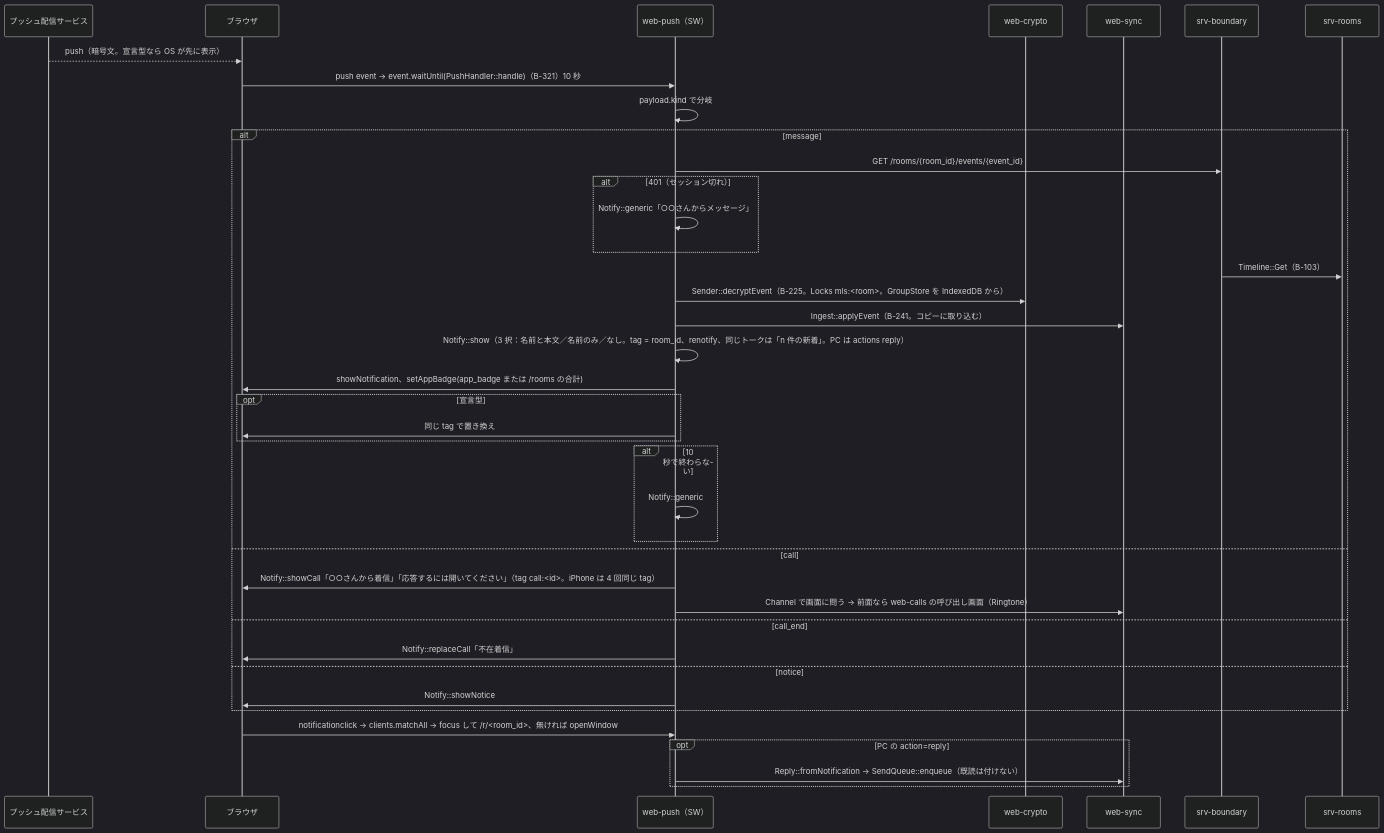
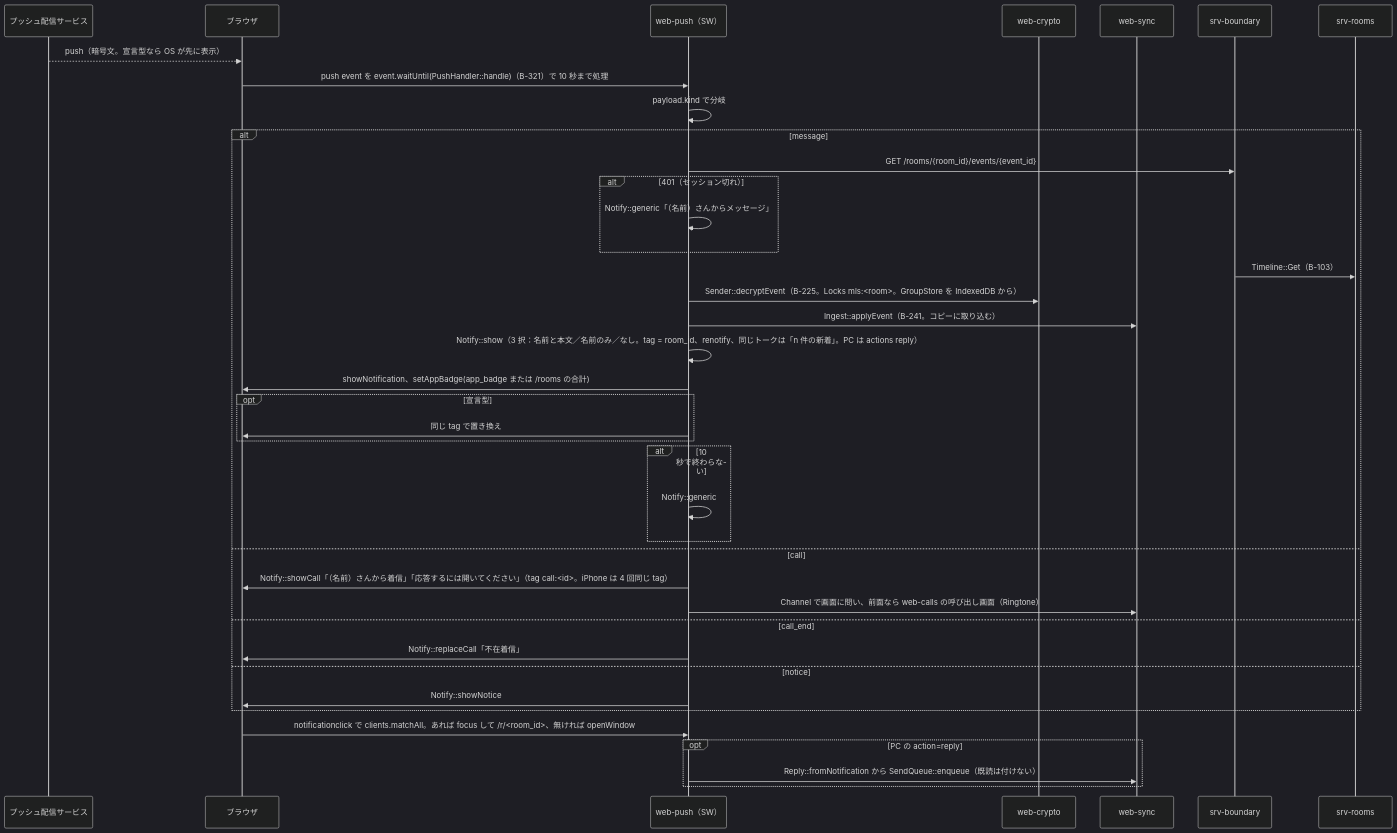
Before and after one commit to nrsd-ishikawasou/family-talk-pwa: the second of 5 diagrams in dev/docs/jp/シーケンス/08_通知.md, drawn with Mermaid (dark theme). The commit also changed other lines of this file and 290 other files, not shown here.

````diff
--- a/dev/docs/jp/シーケンス/08_通知.md
+++ b/dev/docs/jp/シーケンス/08_通知.md
@@ -49,41 +56,41 @@
 ```mermaid
 sequenceDiagram
   participant REL as プッシュ配信サービス
   participant OS as ブラウザ
   participant WP as web-push（SW）
   participant WX as web-crypto
   participant WS as web-sync
   participant BD as srv-boundary
   participant RM as srv-rooms
   REL-->>OS: push（暗号文。宣言型なら OS が先に表示）
-  OS->>WP: push event → event.waitUntil(PushHandler::handle)（B-321）10 秒
+  OS->>WP: push event を event.waitUntil(PushHandler::handle)（B-321）で 10 秒まで処理
   WP->>WP: payload.kind で分岐
   alt message
     WP->>BD: GET /rooms/{room_id}/events/{event_id}
     alt 401（セッション切れ）
-      WP->>WP: Notify::generic「○○さんからメッセージ」
+      WP->>WP: Notify::generic「（名前）さんからメッセージ」
     end
     BD->>RM: Timeline::Get（B-103）
     WP->>WX: Sender::decryptEvent（B-225。Locks mls:<room>。GroupStore を IndexedDB から）
     WP->>WS: Ingest::applyEvent（B-241。コピーに取り込む）
     WP->>WP: Notify::show（3 択：名前と本文／名前のみ／なし。tag = room_id、renotify、同じトークは「n 件の新着」。PC は actions reply）
     WP->>OS: showNotification、setAppBadge(app_badge または /rooms の合計)
     opt 宣言型
       WP->>OS: 同じ tag で置き換え
     end
     alt 10 秒で終わらない
       WP->>WP: Notify::generic
     end
   else call
-    WP->>OS: Notify::showCall「○○さんから着信」「応答するには開いてください」（tag call:<id>。iPhone は 4 回同じ tag）
-    WP->>WS: Channel で画面に問う → 前面なら web-calls の呼び出し画面（Ringtone）
+    WP->>OS: Notify::showCall「（名前）さんから着信」「応答するには開いてください」（tag call:<id>。iPhone は 4 回同じ tag）
+    WP->>WS: Channel で画面に問い、前面なら web-calls の呼び出し画面（Ringtone）
   else call_end
     WP->>OS: Notify::replaceCall「不在着信」
   else notice
     WP->>OS: Notify::showNotice
   end
-  OS->>WP: notificationclick → clients.matchAll → focus して /r/<room_id>、無ければ openWindow
+  OS->>WP: notificationclick で clients.matchAll。あれば focus して /r/<room_id>、無ければ openWindow
   opt PC の action=reply
-    WP->>WS: Reply::fromNotification → SendQueue::enqueue（既読は付けない）
+    WP->>WS: Reply::fromNotification から SendQueue::enqueue（既読は付けない）
   end
 ```
````
